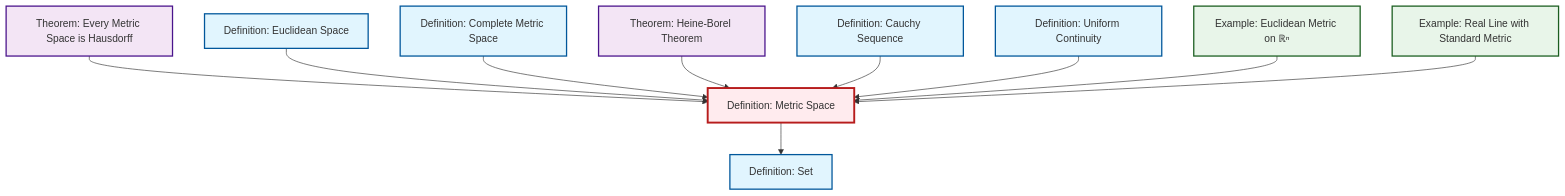
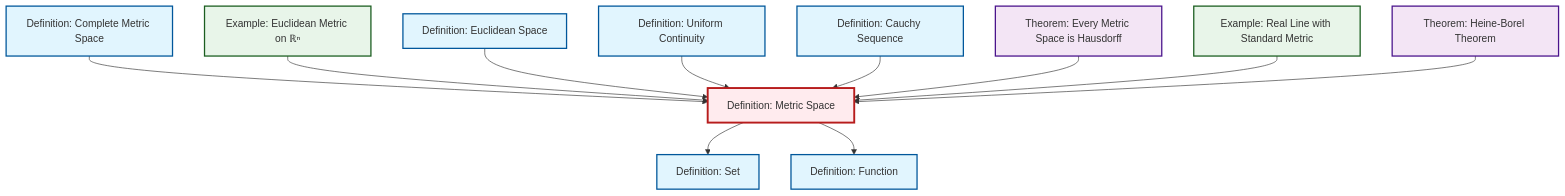
Before and after one commit to RK0429/ModernMath: the diagram in content/en/analysis/def-metric-space.qmd, drawn with Mermaid. The commit also changed 554 other files, not shown here.

````diff
--- a/content/en/analysis/def-metric-space.qmd
+++ b/content/en/analysis/def-metric-space.qmd
@@ -51,38 +51,41 @@
 ```{mermaid}
 %%| fig-cap: "Local dependency graph"
 graph TD
     classDef definition fill:#e1f5fe,stroke:#01579b,stroke-width:2px
     classDef theorem fill:#f3e5f5,stroke:#4a148c,stroke-width:2px
     classDef axiom fill:#fff3e0,stroke:#e65100,stroke-width:2px
     classDef example fill:#e8f5e9,stroke:#1b5e20,stroke-width:2px
     classDef current fill:#ffebee,stroke:#b71c1c,stroke-width:3px
+    def-cauchy-sequence["Definition: Cauchy Sequence"]:::definition
+    thm-metric-hausdorff["Theorem: Every Metric Space is Hausdorff"]:::theorem
+    thm-heine-borel["Theorem: Heine-Borel Theorem"]:::theorem
+    def-complete-metric-space["Definition: Complete Metric Space"]:::definition
+    def-set["Definition: Set"]:::definition
+    def-function["Definition: Function"]:::definition
     def-metric-space["Definition: Metric Space"]:::definition
-    def-set["Definition: Set"]:::definition
-    thm-metric-hausdorff["Theorem: Every Metric Space is Hausdorff"]:::theorem
+    ex-euclidean-metric["Example: Euclidean Metric on ℝⁿ"]:::example
+    ex-real-line-metric["Example: Real Line with Standard Metric"]:::example
     def-euclidean-space["Definition: Euclidean Space"]:::definition
-    ex-real-line-metric["Example: Real Line with Standard Metric"]:::example
     def-uniform-continuity["Definition: Uniform Continuity"]:::definition
-    ex-euclidean-metric["Example: Euclidean Metric on ℝⁿ"]:::example
-    thm-heine-borel["Theorem: Heine-Borel Theorem"]:::theorem
-    def-cauchy-sequence["Definition: Cauchy Sequence"]:::definition
-    def-complete-metric-space["Definition: Complete Metric Space"]:::definition
+    def-metric-space --> def-set
+    def-complete-metric-space --> def-metric-space
+    ex-euclidean-metric --> def-metric-space
+    def-metric-space --> def-function
+    def-euclidean-space --> def-metric-space
+    def-uniform-continuity --> def-metric-space
+    def-cauchy-sequence --> def-metric-space
     thm-metric-hausdorff --> def-metric-space
-    def-metric-space --> def-set
-    def-euclidean-space --> def-metric-space
-    def-complete-metric-space --> def-metric-space
+    ex-real-line-metric --> def-metric-space
     thm-heine-borel --> def-metric-space
-    def-cauchy-sequence --> def-metric-space
-    def-uniform-continuity --> def-metric-space
-    ex-euclidean-metric --> def-metric-space
-    ex-real-line-metric --> def-metric-space
     class def-metric-space current
+    click def-cauchy-sequence "def-cauchy-sequence.html" "Go to Cauchy Sequence definition"
+    click thm-metric-hausdorff "thm-metric-hausdorff.html" "Go to Every Metric Space is Hausdorff theorem"
+    click thm-heine-borel "thm-heine-borel.html" "Go to Heine-Borel Theorem theorem"
+    click def-complete-metric-space "def-complete-metric-space.html" "Go to Complete Metric Space definition"
     click def-set "def-set.html" "Go to Set definition"
-    click thm-metric-hausdorff "thm-metric-hausdorff.html" "Go to Every Metric Space is Hausdorff theorem"
+    click def-function "def-function.html" "Go to Function definition"
+    click ex-euclidean-metric "ex-euclidean-metric.html" "Go to Euclidean Metric on ℝⁿ example"
+    click ex-real-line-metric "ex-real-line-metric.html" "Go to Real Line with Standard Metric example"
     click def-euclidean-space "def-euclidean-space.html" "Go to Euclidean Space definition"
-    click ex-real-line-metric "ex-real-line-metric.html" "Go to Real Line with Standard Metric example"
     click def-uniform-continuity "def-uniform-continuity.html" "Go to Uniform Continuity definition"
-    click ex-euclidean-metric "ex-euclidean-metric.html" "Go to Euclidean Metric on ℝⁿ example"
-    click thm-heine-borel "thm-heine-borel.html" "Go to Heine-Borel Theorem theorem"
-    click def-cauchy-sequence "def-cauchy-sequence.html" "Go to Cauchy Sequence definition"
-    click def-complete-metric-space "def-complete-metric-space.html" "Go to Complete Metric Space definition"
 ```
````
